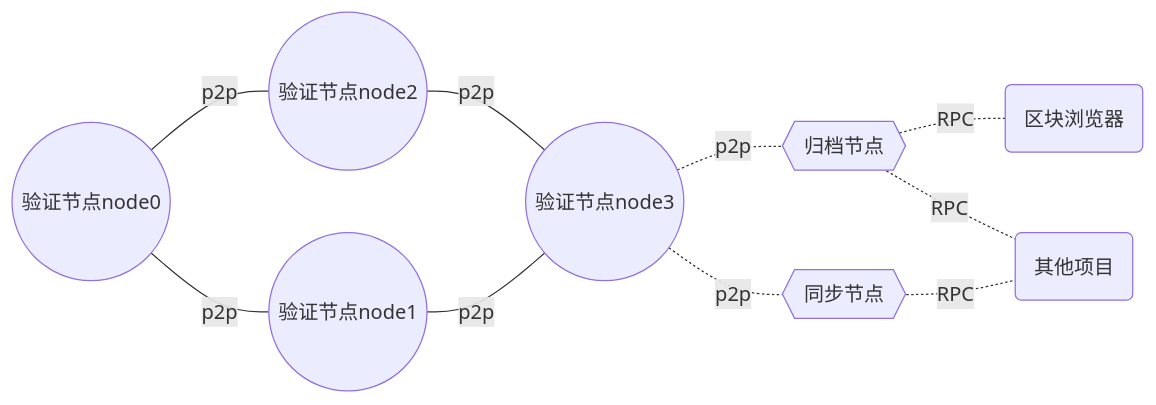
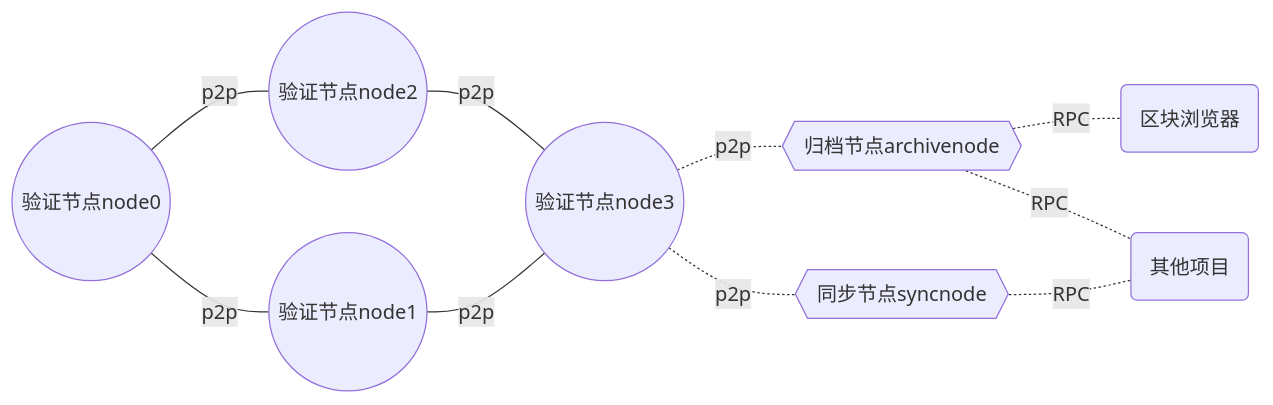
One commit to qiyichain/dev-docs changed the diagram in mainnet/README.md. Above: the diagram before and after it, drawn with Mermaid.

Commit message:
Update README.md
update

````diff
--- a/mainnet/README.md
+++ b/mainnet/README.md
@@ -17,16 +17,16 @@
 ```mermaid
 
 graph LR
 
 A((验证节点node0))--p2p---B((验证节点node1))
 C((验证节点node2))--p2p---D((验证节点node3))
 A--p2p---C
 B--p2p---D
 
-D-.p2p.-E{{归档节点}}
-D-.p2p.-H{{同步节点}}
+D-.p2p.-E{{归档节点archivenode}}
+D-.p2p.-H{{同步节点syncnode}}
 
 E-.RPC.--G(区块浏览器)
 E-.RPC.--F(其他项目)
 H-.RPC.--F(其他项目)
 ```
````
